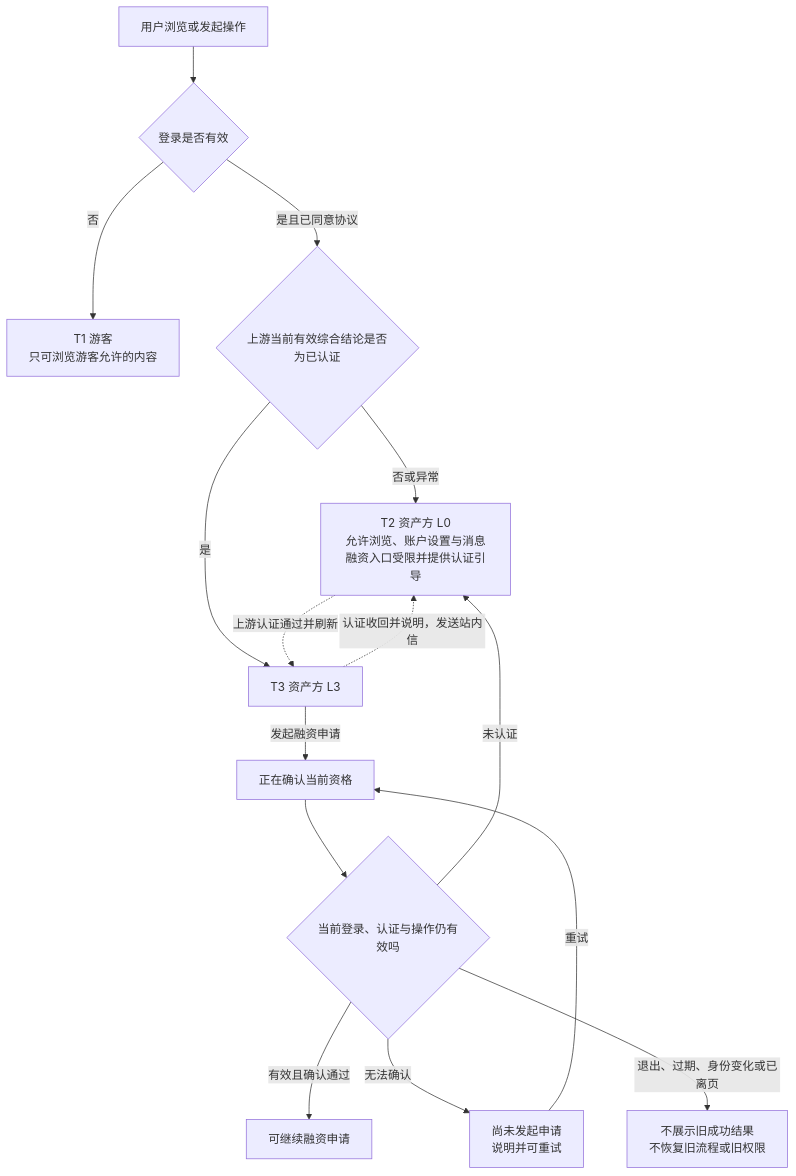
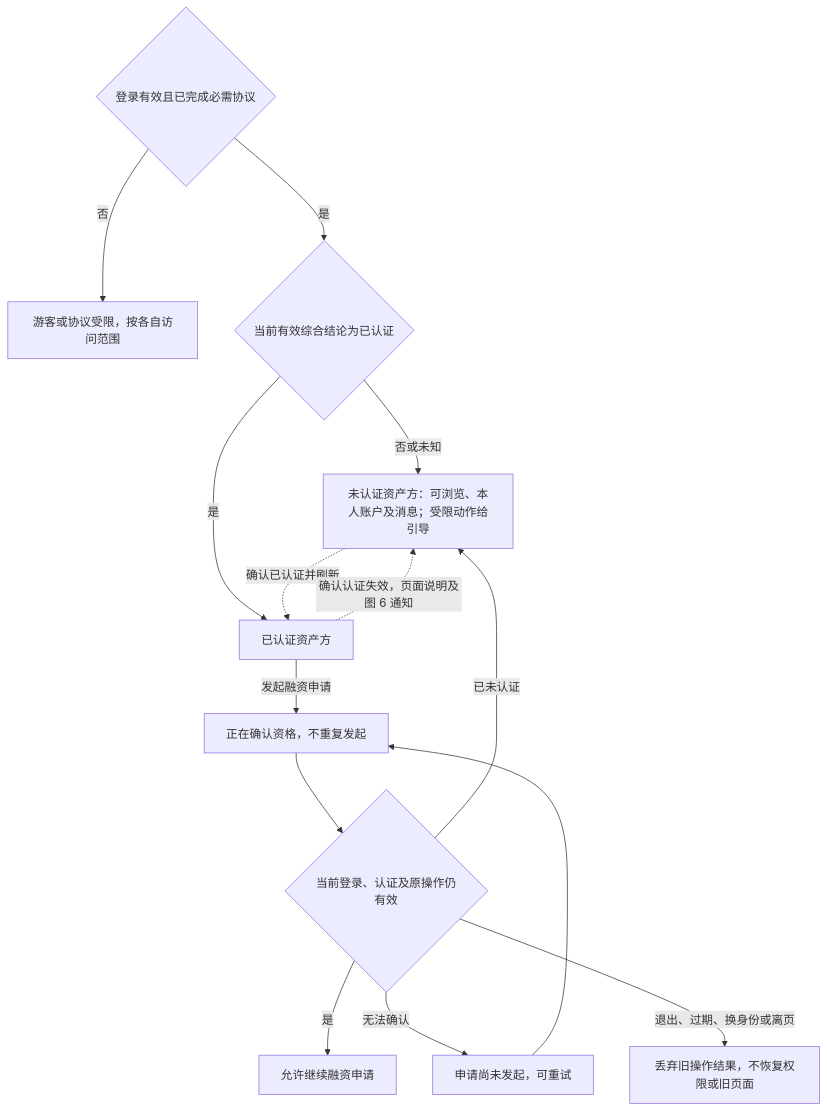
The fourth of 6 diagrams in lending-platform/PRD/v2.0-登录与账户体系/03-登录主干与资产方SSO接入-流程图与状态机.md (wxblockchain/Chain-Financing), drawn with Mermaid before and after one commit. The commit also changed other lines of this file and 7 other files, not shown here.

````diff
--- a/lending-platform/PRD/v2.0-登录与账户体系/03-登录主干与资产方SSO接入-流程图与状态机.md
+++ b/lending-platform/PRD/v2.0-登录与账户体系/03-登录主干与资产方SSO接入-流程图与状态机.md
@@ -109,17 +88,16 @@
 ```mermaid
 flowchart TD
-    ENTER["用户浏览或发起操作"] --> SESSION{"登录是否有效"}
-    SESSION -->|否| T1["T1 游客<br/>只可浏览游客允许的内容"]
-    SESSION -->|是且已同意协议| VERIFY{"上游当前有效综合结论是否为已认证"}
-    VERIFY -->|否或异常| T2["T2 资产方 L0<br/>允许浏览、账户设置与消息<br/>融资入口受限并提供认证引导"]
-    VERIFY -->|是| T3["T3 资产方 L3"]
-    T2 -.->|上游认证通过并刷新| T3
-    T3 -.->|认证收回并说明，发送站内信| T2
-    T3 -->|发起融资申请| WAIT["正在确认当前资格"]
-    WAIT --> RESULT{"当前登录、认证与操作仍有效吗"}
-    RESULT -->|有效且确认通过| CONTINUE["可继续融资申请"]
-    RESULT -->|未认证| T2
-    RESULT -->|无法确认| RETRY["尚未发起申请<br/>说明并可重试"]
-    RESULT -->|退出、过期、身份变化或已离页| STOP["不展示旧成功结果<br/>不恢复旧流程或旧权限"]
-    RETRY -->|重试| WAIT
+    S{"登录有效且已完成必需协议"} -->|否| OUT["游客或协议受限，按各自访问范围"]
+    S -->|是| V{"当前有效综合结论为已认证"}
+    V -->|否或未知| UNVERIFIED["未认证资产方：可浏览、本人账户及消息；受限动作给引导"]
+    V -->|是| VERIFIED["已认证资产方"]
+    UNVERIFIED -.->|确认已认证并刷新| VERIFIED
+    VERIFIED -.->|确认认证失效，页面说明及图 6 通知| UNVERIFIED
+    VERIFIED -->|发起融资申请| WAIT["正在确认资格，不重复发起"]
+    WAIT --> CHECK{"当前登录、认证及原操作仍有效"}
+    CHECK -->|是| GO["允许继续融资申请"]
+    CHECK -->|已未认证| UNVERIFIED
+    CHECK -->|无法确认| RETRY["申请尚未发起，可重试"]
+    RETRY --> WAIT
+    CHECK -->|退出、过期、换身份或离页| STOP["丢弃旧操作结果，不恢复权限或旧页面"]
 ```
````
